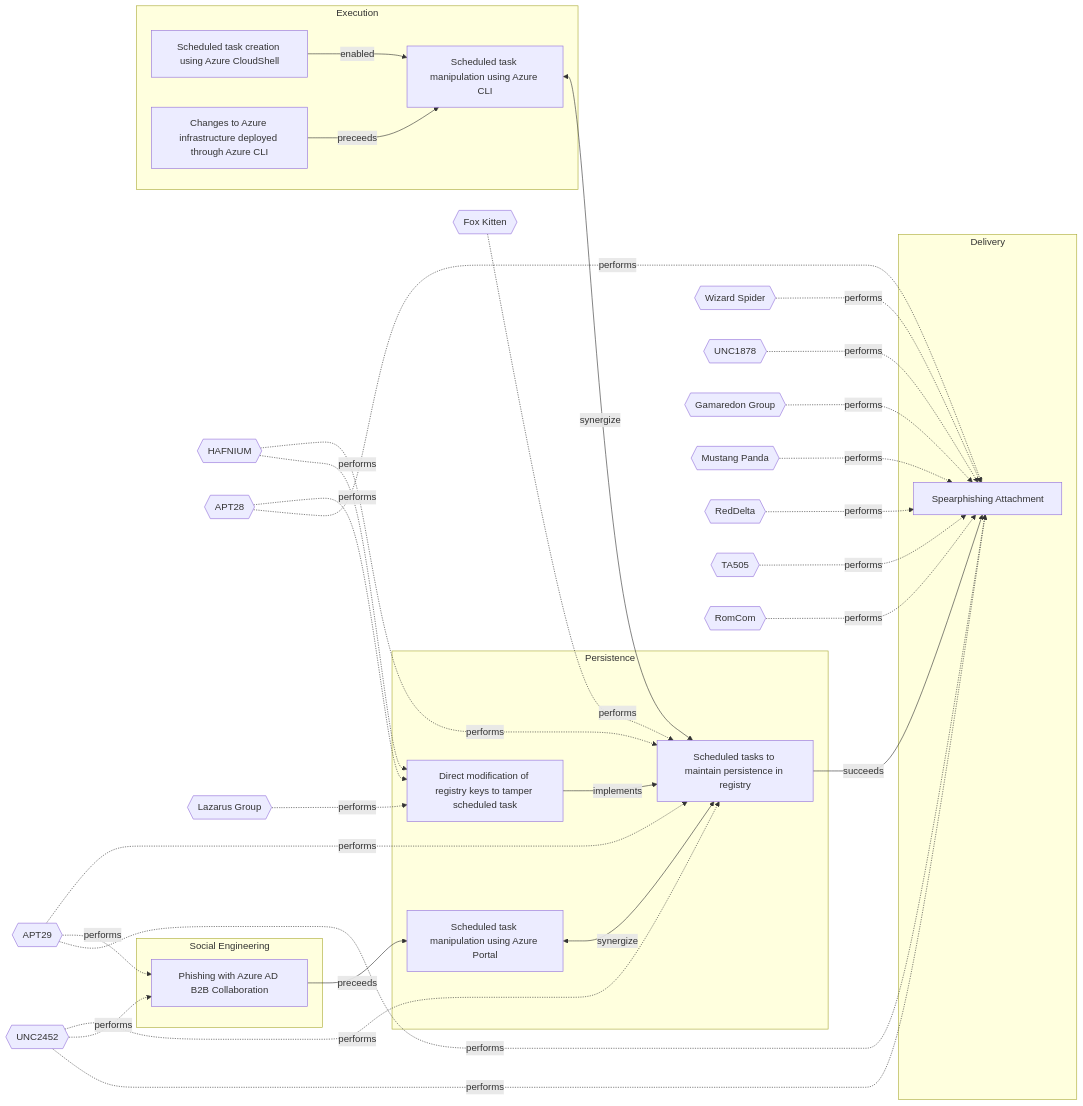
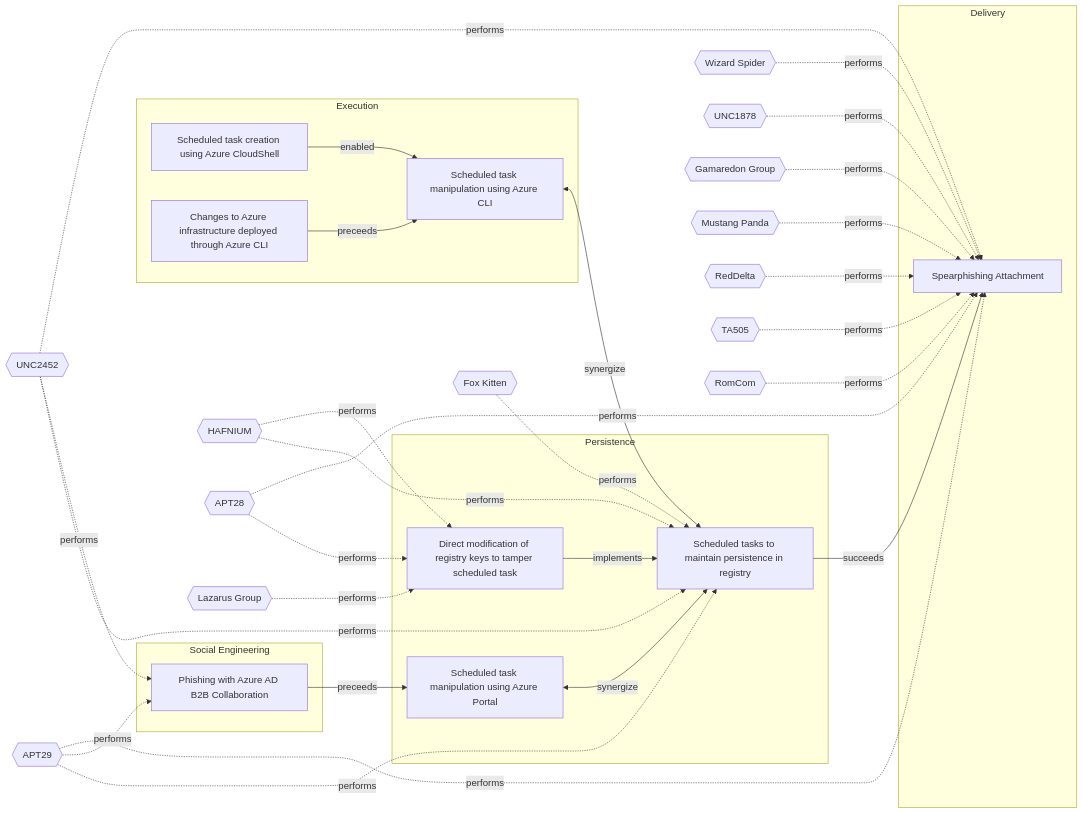
One commit to OpenTideHQ/WikiTide changed the diagram in Models/Threat Vectors/☣️ Scheduled tasks to maintain persistence in registry.md. Above: the diagram before and after it, drawn with Mermaid. The commit also changed other lines of this file and 48 other files, not shown here.

````diff
--- a/Models/Threat Vectors/☣️ Scheduled tasks to maintain persistence in registry.md
+++ b/Models/Threat Vectors/☣️ Scheduled tasks to maintain persistence in registry.md
@@ -120,73 +120,73 @@
 ```mermaid
 
 flowchart LR
 
-437a43b9-6344-45a9-915b-d733d23173ae[Scheduled task manipulation using Azure Portal]
+edfe43fd-4a92-4f2d-a733-40e235be1b25[Scheduled task manipulation using Azure CLI]
 5e66f826-4c4b-4357-b9c5-2f40da207f34[Scheduled tasks to maintain persistence in registry]
-f9a6f927-d08c-40c1-85af-01331c471def[Phishing with Azure AD B2B Collaboration]
-edfe43fd-4a92-4f2d-a733-40e235be1b25[Scheduled task manipulation using Azure CLI]
 670504aa-cfb8-4d1f-a5ad-16193822085f[Scheduled task creation using Azure CloudShell]
 60c5b065-7d06-4697-850f-c2f80765f10b[Changes to Azure infrastructure deployed through Azure CLI]
+437a43b9-6344-45a9-915b-d733d23173ae[Scheduled task manipulation using Azure Portal]
+f9a6f927-d08c-40c1-85af-01331c471def[Phishing with Azure AD B2B Collaboration]
 efe13bd7-c621-423b-b226-9b536766a252[Direct modification of registry keys to tamper scheduled task]
 dd5d942c-bac4-4000-b9a6-ca4fef6cfb84[Spearphishing Attachment]
 
+subgraph Execution
+edfe43fd-4a92-4f2d-a733-40e235be1b25
+670504aa-cfb8-4d1f-a5ad-16193822085f
+60c5b065-7d06-4697-850f-c2f80765f10b
+end
 subgraph Persistence
+5e66f826-4c4b-4357-b9c5-2f40da207f34
 437a43b9-6344-45a9-915b-d733d23173ae
-5e66f826-4c4b-4357-b9c5-2f40da207f34
 efe13bd7-c621-423b-b226-9b536766a252
 end
 subgraph Social Engineering
 f9a6f927-d08c-40c1-85af-01331c471def
-end
-subgraph Execution
-edfe43fd-4a92-4f2d-a733-40e235be1b25
-670504aa-cfb8-4d1f-a5ad-16193822085f
-60c5b065-7d06-4697-850f-c2f80765f10b
 end
 subgraph Delivery
 dd5d942c-bac4-4000-b9a6-ca4fef6cfb84
 end
 
 HAFNIUM{{HAFNIUM}}
 FoxKitten{{Fox Kitten}}
 APT29{{APT29}}
 UNC2452{{UNC2452}}
 APT28{{APT28}}
 LazarusGroup{{Lazarus Group}}
 WizardSpider{{Wizard Spider}}
 UNC1878{{UNC1878}}
 GamaredonGroup{{Gamaredon Group}}
 MustangPanda{{Mustang Panda}}
 RedDelta{{RedDelta}}
 TA505{{TA505}}
 RomCom{{RomCom}}
 
 HAFNIUM -.-> |performs| 5e66f826-4c4b-4357-b9c5-2f40da207f34
 FoxKitten -.-> |performs| 5e66f826-4c4b-4357-b9c5-2f40da207f34
 APT29 -.-> |performs| 5e66f826-4c4b-4357-b9c5-2f40da207f34
 UNC2452 -.-> |performs| 5e66f826-4c4b-4357-b9c5-2f40da207f34
 APT29 -.-> |performs| f9a6f927-d08c-40c1-85af-01331c471def
 UNC2452 -.-> |performs| f9a6f927-d08c-40c1-85af-01331c471def
 HAFNIUM -.-> |performs| efe13bd7-c621-423b-b226-9b536766a252
 APT28 -.-> |performs| efe13bd7-c621-423b-b226-9b536766a252
 LazarusGroup -.-> |performs| efe13bd7-c621-423b-b226-9b536766a252
 APT29 -.-> |performs| dd5d942c-bac4-4000-b9a6-ca4fef6cfb84
 UNC2452 -.-> |performs| dd5d942c-bac4-4000-b9a6-ca4fef6cfb84
 WizardSpider -.-> |performs| dd5d942c-bac4-4000-b9a6-ca4fef6cfb84
 UNC1878 -.-> |performs| dd5d942c-bac4-4000-b9a6-ca4fef6cfb84
 GamaredonGroup -.-> |performs| dd5d942c-bac4-4000-b9a6-ca4fef6cfb84
 APT28 -.-> |performs| dd5d942c-bac4-4000-b9a6-ca4fef6cfb84
 MustangPanda -.-> |performs| dd5d942c-bac4-4000-b9a6-ca4fef6cfb84
 RedDelta -.-> |performs| dd5d942c-bac4-4000-b9a6-ca4fef6cfb84
 TA505 -.-> |performs| dd5d942c-bac4-4000-b9a6-ca4fef6cfb84
 RomCom -.-> |performs| dd5d942c-bac4-4000-b9a6-ca4fef6cfb84
 
-437a43b9-6344-45a9-915b-d733d23173ae <-->|synergize| 5e66f826-4c4b-4357-b9c5-2f40da207f34
-f9a6f927-d08c-40c1-85af-01331c471def -->|preceeds| 437a43b9-6344-45a9-915b-d733d23173ae
 edfe43fd-4a92-4f2d-a733-40e235be1b25 <-->|synergize| 5e66f826-4c4b-4357-b9c5-2f40da207f34
 670504aa-cfb8-4d1f-a5ad-16193822085f -->|enabled| edfe43fd-4a92-4f2d-a733-40e235be1b25
 60c5b065-7d06-4697-850f-c2f80765f10b -->|preceeds| edfe43fd-4a92-4f2d-a733-40e235be1b25
+437a43b9-6344-45a9-915b-d733d23173ae <-->|synergize| 5e66f826-4c4b-4357-b9c5-2f40da207f34
+f9a6f927-d08c-40c1-85af-01331c471def -->|preceeds| 437a43b9-6344-45a9-915b-d733d23173ae
 efe13bd7-c621-423b-b226-9b536766a252 -->|implements| 5e66f826-4c4b-4357-b9c5-2f40da207f34
 5e66f826-4c4b-4357-b9c5-2f40da207f34 -->|succeeds| dd5d942c-bac4-4000-b9a6-ca4fef6cfb84
 
 ```
````
